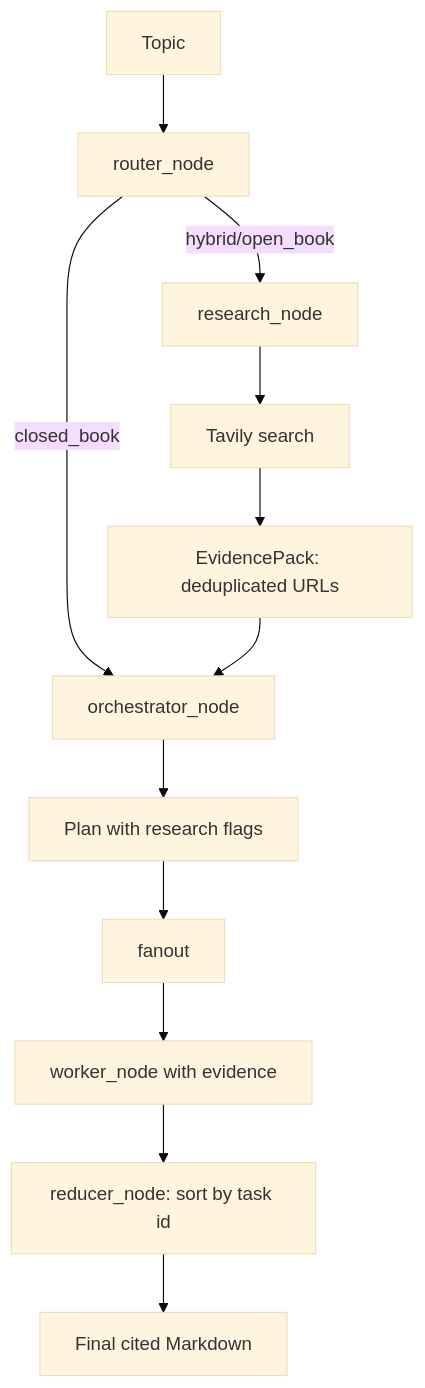
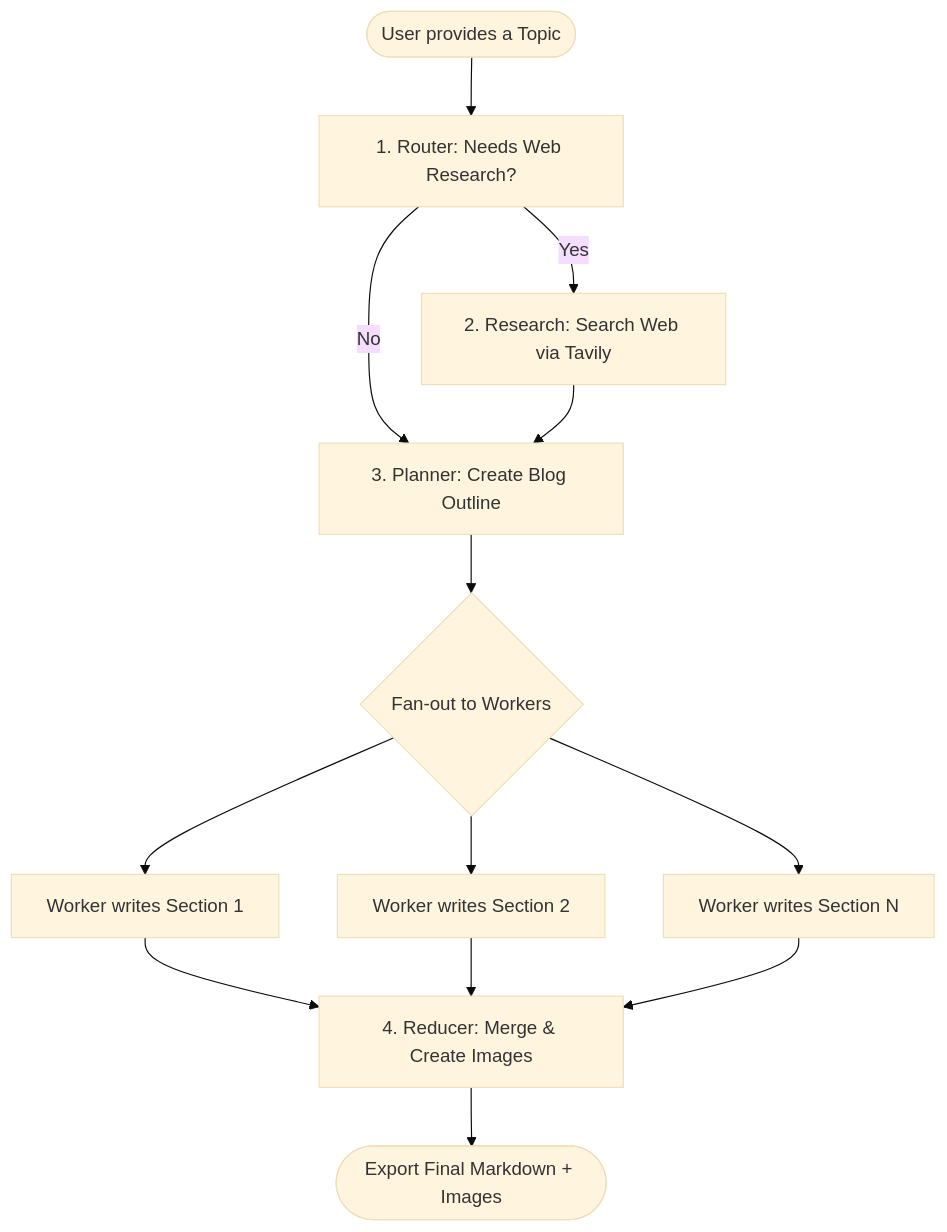
Before and after one commit to vijayypandit/Blog-writing-Ai-Agent: the first of 2 diagrams in README.md, drawn with Mermaid (base theme). The commit also changed other lines of this file and 9 other files, not shown here.

````diff
--- a/README.md
+++ b/README.md
@@ -90,14 +37,21 @@
 ```mermaid
 flowchart TD
-    A[Topic] --> B[router_node]
-    B -->|closed_book| C[orchestrator_node]
-    B -->|hybrid/open_book| D[research_node]
-    D --> E[Tavily search]
-    E --> F[EvidencePack: deduplicated URLs]
-    F --> C
-    C --> G[Plan with research flags]
-    G --> H[fanout]
-    H --> I[worker_node with evidence]
-    I --> J[reducer_node: sort by task id]
-    J --> K[Final cited Markdown]
+    Start([User provides a Topic]) --> Router[1. Router: Needs Web Research?]
+    
+    Router -->|Yes| Research[2. Research: Search Web via Tavily]
+    Router -->|No| Orchestrator[3. Planner: Create Blog Outline]
+    
+    Research --> Orchestrator
+    
+    Orchestrator --> Fanout{Fan-out to Workers}
+    
+    Fanout --> Worker1[Worker writes Section 1]
+    Fanout --> Worker2[Worker writes Section 2]
+    Fanout --> WorkerN[Worker writes Section N]
+    
+    Worker1 --> Reducer[4. Reducer: Merge & Create Images]
+    Worker2 --> Reducer
+    WorkerN --> Reducer
+    
+    Reducer --> FinalOutput([Export Final Markdown + Images])
 ```
````
